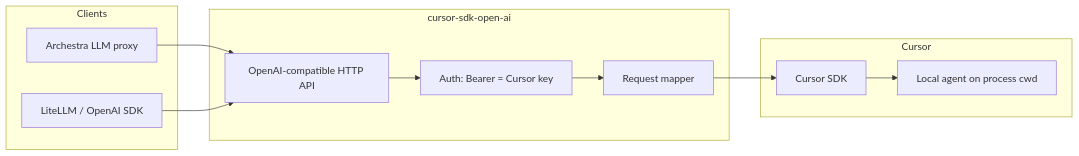
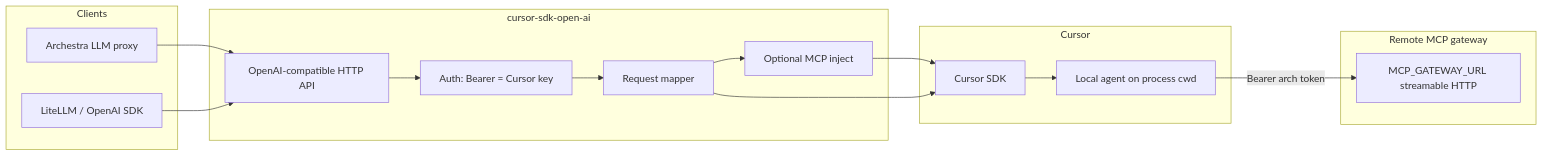
Before and after one commit to elad-bar/cursor-open-ai-adapater: the diagram in docs/architecture.md, drawn with Mermaid. The commit also changed other lines of this file and 14 other files, not shown here.

````diff
--- a/docs/architecture.md
+++ b/docs/architecture.md
@@ -5,22 +5,29 @@
 ```mermaid
 flowchart LR
   subgraph clients [Clients]
     Archestra[Archestra LLM proxy]
     LiteLLM[LiteLLM / OpenAI SDK]
   end
   subgraph gateway [cursor-sdk-open-ai]
     API[OpenAI-compatible HTTP API]
     Map[Request mapper]
     Auth[Auth: Bearer = Cursor key]
+    McpInject[Optional MCP inject]
   end
   subgraph cursor [Cursor]
     SDK[Cursor SDK]
     Local[Local agent on process cwd]
   end
+  subgraph remoteMcp [Remote MCP gateway]
+    MCP[MCP_GATEWAY_URL streamable HTTP]
+  end
   Archestra --> API
   LiteLLM --> API
   API --> Auth
   Auth --> Map
+  Map --> McpInject
+  McpInject --> SDK
   Map --> SDK
   SDK --> Local
+  Local -->|Bearer arch token| MCP
 ```
````
